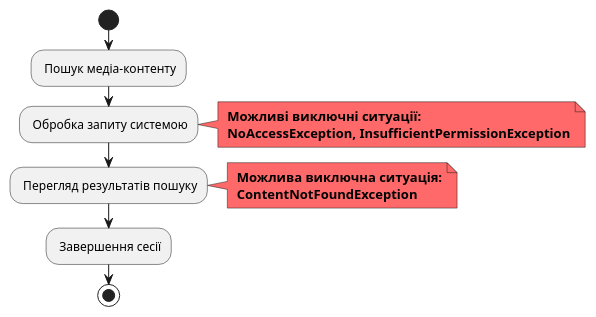
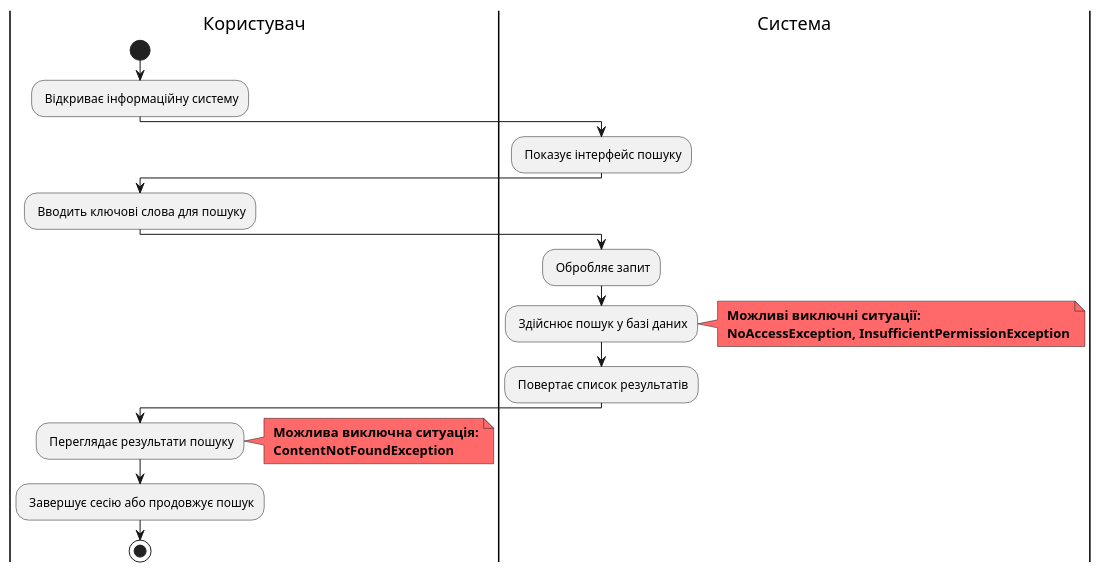
Before and after one commit to vladyslavpopov/DB_CourseWork: the seventh of 12 diagrams in docs/use cases/README.md, drawn with PlantUML. The commit also changed other lines of this file, not shown here.

```diff
--- a/docs/use cases/README.md
+++ b/docs/use cases/README.md
@@ -255,23 +255,33 @@
 @startuml
+|Користувач|
+start;
+: Відкриває інформаційну систему;
+
+|Система|
+: Показує інтерфейс пошуку;
 
 |Користувач|
-start;
-: Пошук медіа-контенту;
+: Вводить ключові слова для пошуку;
 
-: Обробка запиту системою;
+|Система|
+: Обробляє запит;
+: Здійснює пошук у базі даних;
 
 note right #FF6969
 <b> Можливі виключні ситуації:
 <b> NoAccessException, InsufficientPermissionException
 end note
 
-: Перегляд результатів пошуку;
+: Повертає список результатів;
+
+|Користувач|
+: Переглядає результати пошуку;
+
 note right #FF6969
 <b> Можлива виключна ситуація:
 <b> ContentNotFoundException
 end note
 
-: Завершення сесії;
-
+: Завершує сесію або продовжує пошук;
 stop;
 @enduml
```
